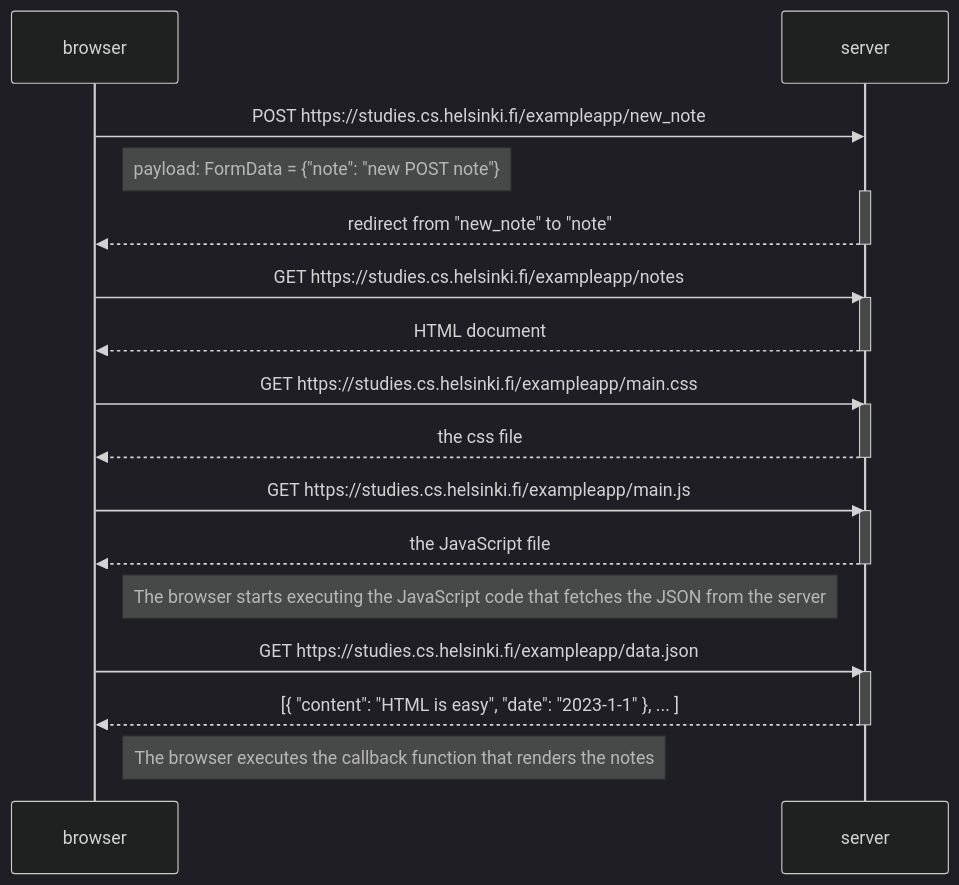
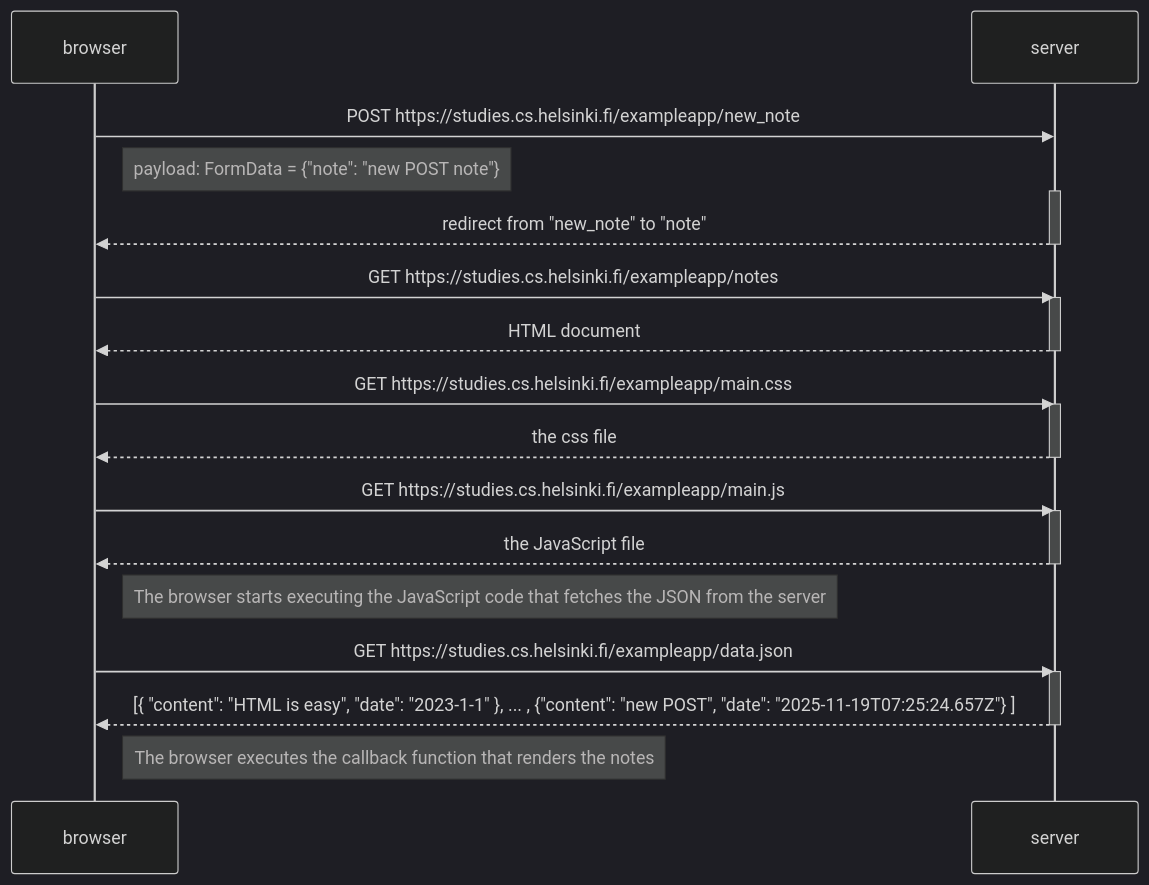
Before and after one commit to snuber-w/fso-part-0: the first of 3 diagrams in README.md, drawn with Mermaid (dark theme). The commit also changed other lines of this file, not shown here.

````diff
--- a/README.md
+++ b/README.md
@@ -5,35 +5,35 @@
 ```mermaid
 sequenceDiagram
     participant browser
     participant server
 
     browser->>server: POST https://studies.cs.helsinki.fi/exampleapp/new_note
     Note right of browser: payload: FormData = {"note": "new POST note"}
     activate server
     server-->>browser: redirect from "new_note" to "note"
     deactivate server
 
     browser->>server: GET https://studies.cs.helsinki.fi/exampleapp/notes
     activate server
     server-->>browser: HTML document
     deactivate server
 
     browser->>server: GET https://studies.cs.helsinki.fi/exampleapp/main.css
     activate server
     server-->>browser: the css file
     deactivate server
 
     browser->>server: GET https://studies.cs.helsinki.fi/exampleapp/main.js
     activate server
     server-->>browser: the JavaScript file
     deactivate server
 
     Note right of browser: The browser starts executing the JavaScript code that fetches the JSON from the server
 
     browser->>server: GET https://studies.cs.helsinki.fi/exampleapp/data.json
     activate server
-    server-->>browser: [{ "content": "HTML is easy", "date": "2023-1-1" }, ... ]
+    server-->>browser: [{ "content": "HTML is easy", "date": "2023-1-1" }, ... , {"content": "new POST", "date": "2025-11-19T07:25:24.657Z"} ]
     deactivate server
 
     Note right of browser: The browser executes the callback function that renders the notes
 ```
````
